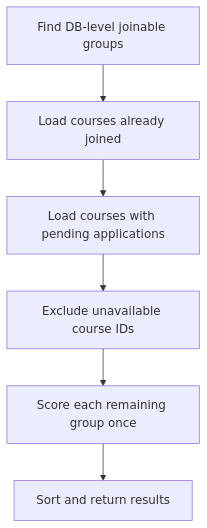
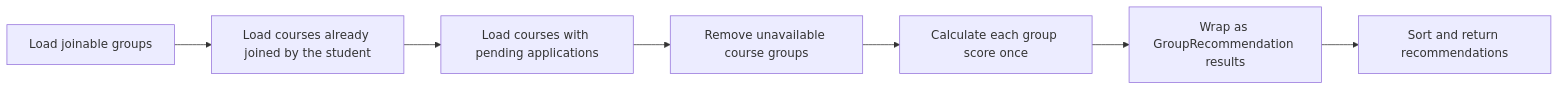
The second of 2 diagrams in backend/docs/recommendation_algorithm.md (PhoebeLu1011/CourseReviewSystem), drawn with Mermaid before and after one commit. The commit also changed other lines of this file, not shown here.

First line of the commit message:
Update group recommendation algorithm documentation

````diff
--- a/backend/docs/recommendation_algorithm.md
+++ b/backend/docs/recommendation_algorithm.md
@@ -53,8 +82,9 @@
 ```mermaid
-flowchart TD
-    A[Find DB-level joinable groups] --> B[Load courses already joined]
+flowchart LR
+    A[Load joinable groups] --> B[Load courses already joined by the student]
     B --> C[Load courses with pending applications]
-    C --> D[Exclude unavailable course IDs]
-    D --> E[Score each remaining group once]
-    E --> F[Sort and return results]
+    C --> D[Remove unavailable course groups]
+    D --> E[Calculate each group score once]
+    E --> F[Wrap as GroupRecommendation results]
+    F --> G[Sort and return recommendations]
 ```
````
